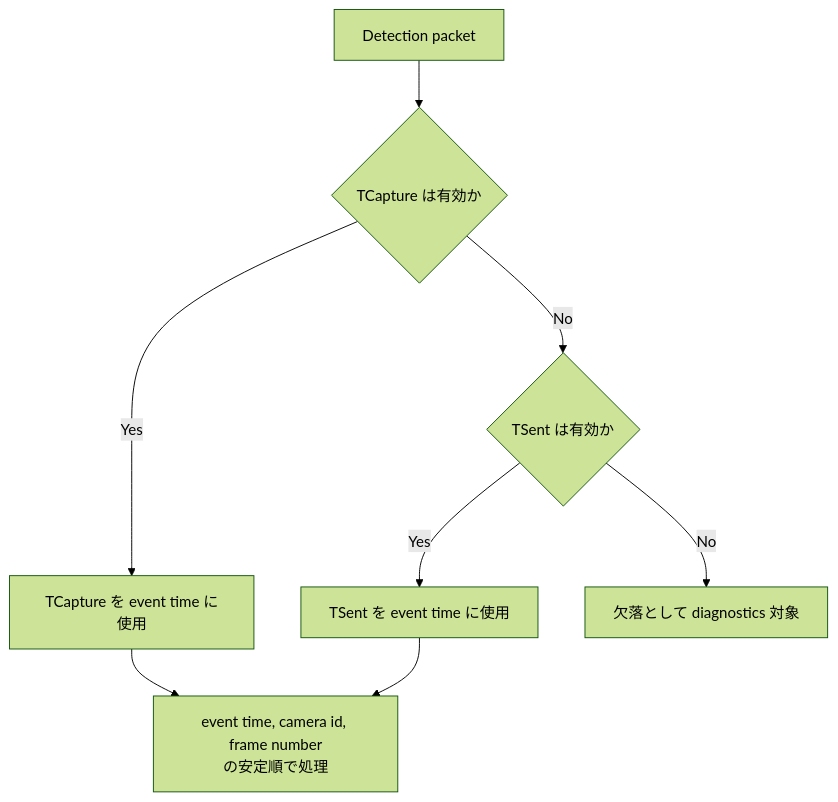
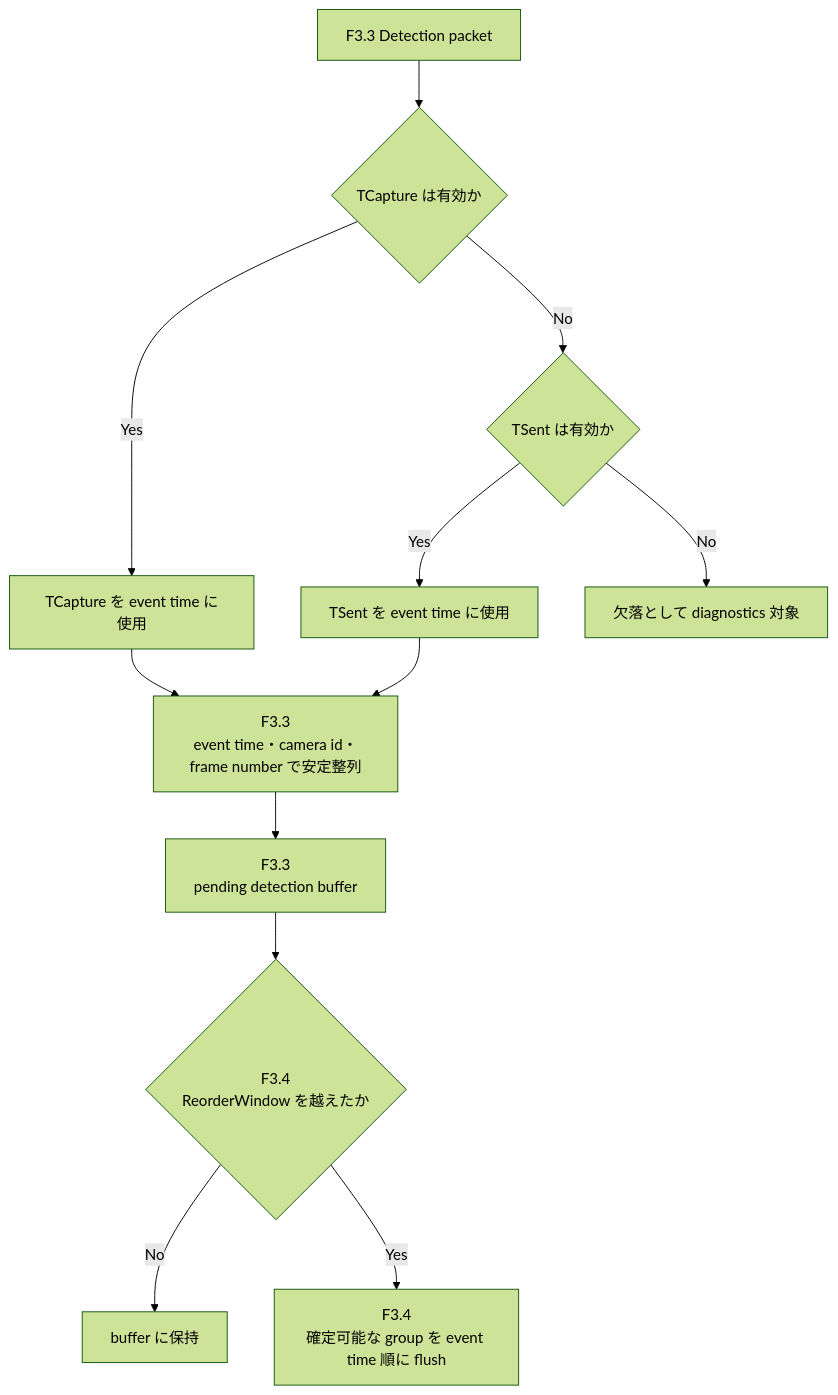
One commit to ibis-ssl/Duck changed the fifth of 11 diagrams in Tracker/Design/Core/tracker-architecture-plan.md. Above: the diagram before and after it, drawn with Mermaid (forest theme). The commit also changed other lines of this file, not shown here.

Commit message:
docs(tracker): 全体フローと詳細図の対応を明示する

````diff
--- a/Tracker/Design/Core/tracker-architecture-plan.md
+++ b/Tracker/Design/Core/tracker-architecture-plan.md
@@ -178,11 +240,15 @@
 ```mermaid
 flowchart TD
-    Packet["Detection packet"] --> Capture{"TCapture は有効か"}
+    Packet["F3.3 Detection packet"] --> Capture{"TCapture は有効か"}
     Capture -->|Yes| TCapture["TCapture を event time に使用"]
     Capture -->|No| Sent{"TSent は有効か"}
     Sent -->|Yes| TSent["TSent を event time に使用"]
     Sent -->|No| Invalid["欠落として diagnostics 対象"]
 
-    TCapture --> Stable["event time, camera id, frame number<br/>の安定順で処理"]
+    TCapture --> Stable["F3.3<br/>event time・camera id・frame number で安定整列"]
     TSent --> Stable
+    Stable --> Pending["F3.3<br/>pending detection buffer"]
+    Pending --> Window{"F3.4<br/>ReorderWindow を越えたか"}
+    Window -->|No| Hold["buffer に保持"]
+    Window -->|Yes| Flush["F3.4<br/>確定可能な group を event time 順に flush"]
 ```
````
